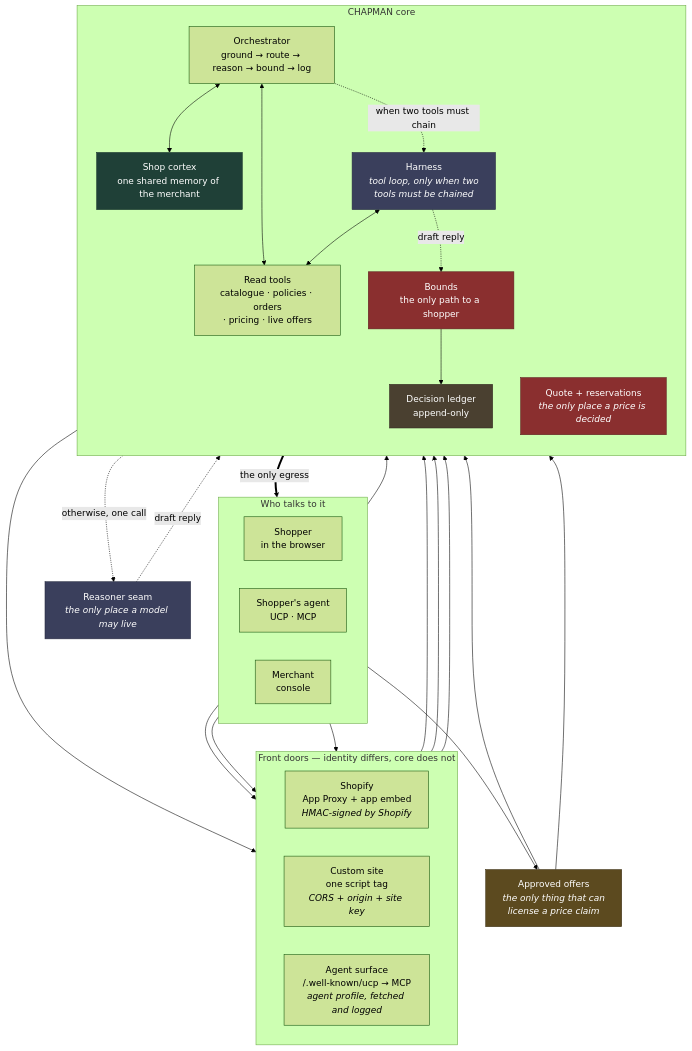
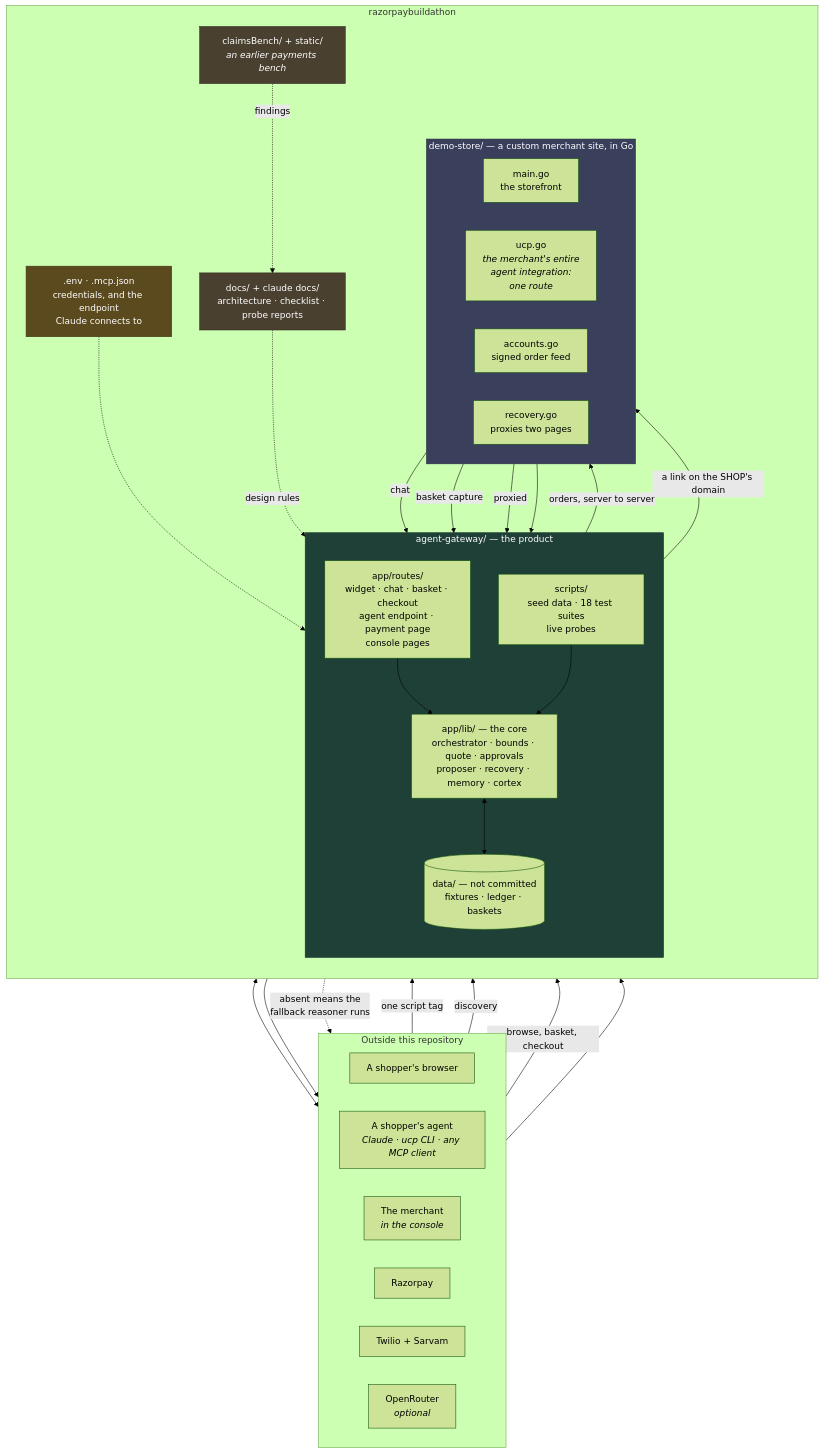
One commit to supersanchayrx/RazorPay-Buildathon changed the first of 2 diagrams in README.md. Above: the diagram before and after it, drawn with Mermaid (forest theme). The commit also changed other lines of this file and 48 other files, not shown here.

Commit message:
agentic front tool and mcp added

````diff
--- a/README.md
+++ b/README.md
@@ -34,55 +58,62 @@
 ```mermaid
 flowchart TB
-    subgraph clients ["Who talks to it"]
+    subgraph OUT ["Outside this repository"]
         direction LR
-        H["Shopper<br/>in the browser"]
-        A["Shopper's agent<br/>UCP · MCP"]
-        M["Merchant<br/>console"]
+        BROWSER["A shopper's browser"]
+        AGENT["A shopper's agent<br/><i>Claude · ucp CLI · any MCP client</i>"]
+        MERCH["The merchant<br/><i>in the console</i>"]
+        RZP["Razorpay"]
+        TW["Twilio + Sarvam"]
+        ORT["OpenRouter<br/><i>optional</i>"]
     end
 
-    subgraph doors ["Front doors — identity differs, core does not"]
-        direction LR
-        SH["Shopify<br/>App Proxy + app embed<br/><i>HMAC-signed by Shopify</i>"]
-        CU["Custom site<br/>one script tag<br/><i>CORS + origin + site key</i>"]
-        AG["Agent surface<br/>/.well-known/ucp → MCP<br/><i>agent profile, fetched and logged</i>"]
+    subgraph ROOT ["razorpaybuildathon"]
+        direction TB
+
+        subgraph GW ["agent-gateway/ — the product"]
+            direction TB
+            ROUTES["app/routes/<br/>widget · chat · basket · checkout<br/>agent endpoint · payment page<br/>console pages"]
+            LIB["app/lib/ — the core<br/>orchestrator · bounds · quote · approvals<br/>proposer · recovery · memory · cortex"]
+            SCRIPTS["scripts/<br/>seed data · 18 test suites<br/>live probes"]
+            DATA[("data/ — not committed<br/>fixtures · ledger · baskets")]
+            ROUTES --> LIB
+            SCRIPTS --> LIB
+            LIB <--> DATA
+        end
+
+        subgraph DS ["demo-store/ — a custom merchant site, in Go"]
+            direction LR
+            STORE["main.go<br/>the storefront"]
+            UCPGO["ucp.go<br/><i>the merchant's entire<br/>agent integration:<br/>one route</i>"]
+            ACC["accounts.go<br/>signed order feed"]
+            RECGO["recovery.go<br/>proxies two pages"]
+        end
+
+        DOCS["docs/ + claude docs/<br/>architecture · checklist · probe reports"]
+        BENCH["claimsBench/ + static/<br/><i>an earlier payments bench</i>"]
+        ENVF[".env · .mcp.json<br/>credentials, and the endpoint<br/>Claude connects to"]
     end
 
-    subgraph core ["CHAPMAN core"]
-        direction TB
-        CX["Shop cortex<br/>one shared memory of the merchant"]
-        OR["Orchestrator<br/>ground → route → reason → bound → log"]
-        HN["Harness<br/><i>tool loop, only when two<br/>tools must be chained</i>"]
-        TL["Read tools<br/>catalogue · policies · orders<br/>· pricing · live offers"]
-        QT["Quote + reservations<br/><i>the only place a price is decided</i>"]
-        BD["Bounds<br/>the only path to a shopper"]
-        LG["Decision ledger<br/>append-only"]
-    end
+    BROWSER -->|"one script tag"| STORE
+    STORE -->|"chat"| ROUTES
+    STORE -->|"basket capture"| ROUTES
+    AGENT -->|"discovery"| UCPGO
+    UCPGO -->|"proxied"| ROUTES
+    AGENT -->|"browse, basket, checkout"| ROUTES
+    MERCH --> ROUTES
+    ROUTES -->|"orders, server to server"| ACC
+    ROUTES -->|"a link on the SHOP's domain"| RECGO
+    RECGO --> ROUTES
+    LIB <--> RZP
+    LIB --> TW
+    LIB -.->|"absent means the<br/>fallback reasoner runs"| ORT
+    ENVF -.-> LIB
+    BENCH -.->|"findings"| DOCS
+    DOCS -.->|"design rules"| LIB
 
-    R["Reasoner seam<br/><i>the only place a model may live</i>"]
-    AP["Approved offers<br/><i>the only thing that can<br/>license a price claim</i>"]
-
-    H --> SH & CU
-    A --> AG
-    M --> CX & AP
-    SH & CU --> OR
-    AG --> QT
-    OR <--> TL
-    OR <--> CX
-    OR -.->|"when two tools must chain"| HN
-    HN <--> TL
-    OR -.->|"otherwise, one call"| R
-    HN & R -.->|draft reply| BD
-    AP --> BD
-    AP --> QT
-    QT --> AG
-    BD --> LG
-    BD ==>|"the only egress"| H
-
-    style BD fill:#8a2f2f,stroke:#5c1f1f,color:#fff
-    style QT fill:#8a2f2f,stroke:#5c1f1f,color:#fff
-    style CX fill:#1f4037,stroke:#143029,color:#fff
-    style R fill:#3a3f5c,stroke:#272b40,color:#fff
-    style HN fill:#3a3f5c,stroke:#272b40,color:#fff
-    style AP fill:#5c4a1f,stroke:#3d3115,color:#fff
-    style LG fill:#4a4030,stroke:#332c21,color:#fff
+    style GW fill:#1f4037,stroke:#143029,color:#fff
+    style DS fill:#3a3f5c,stroke:#272b40,color:#fff
+    style DOCS fill:#4a4030,stroke:#332c21,color:#fff
+    style BENCH fill:#4a4030,stroke:#332c21,color:#fff
+    style ENVF fill:#5c4a1f,stroke:#3d3115,color:#fff
 ```
````
